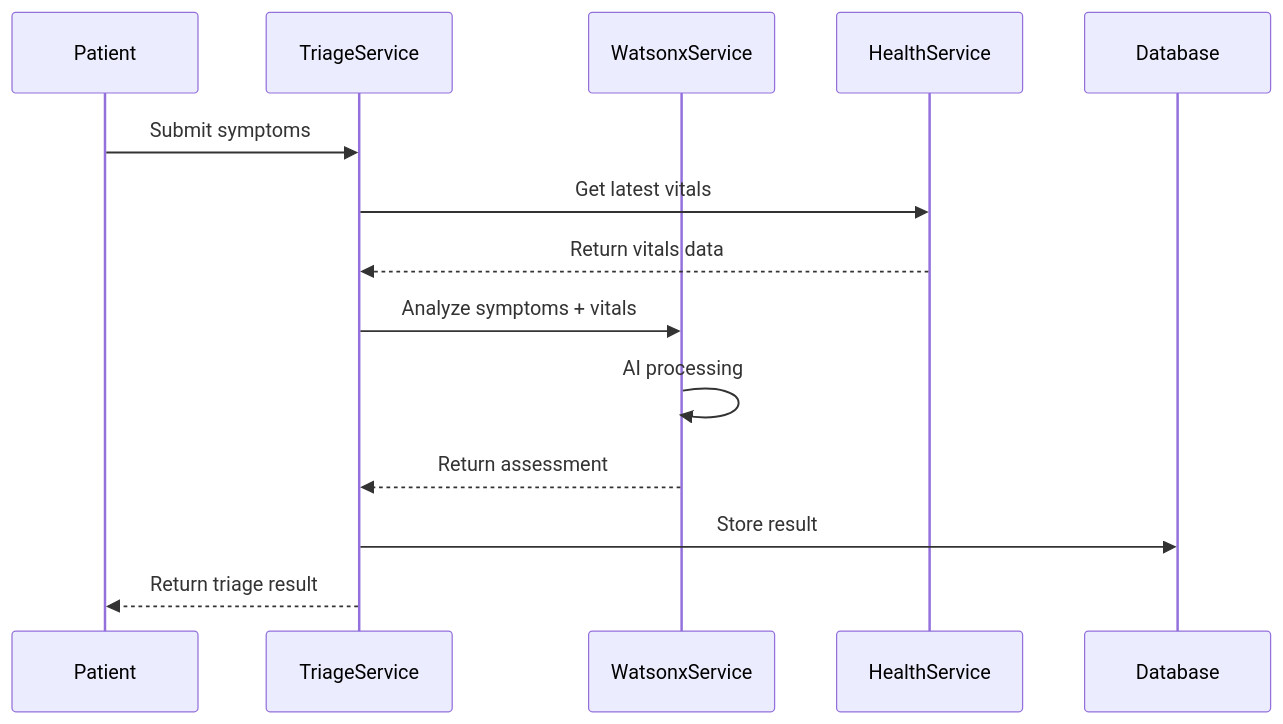
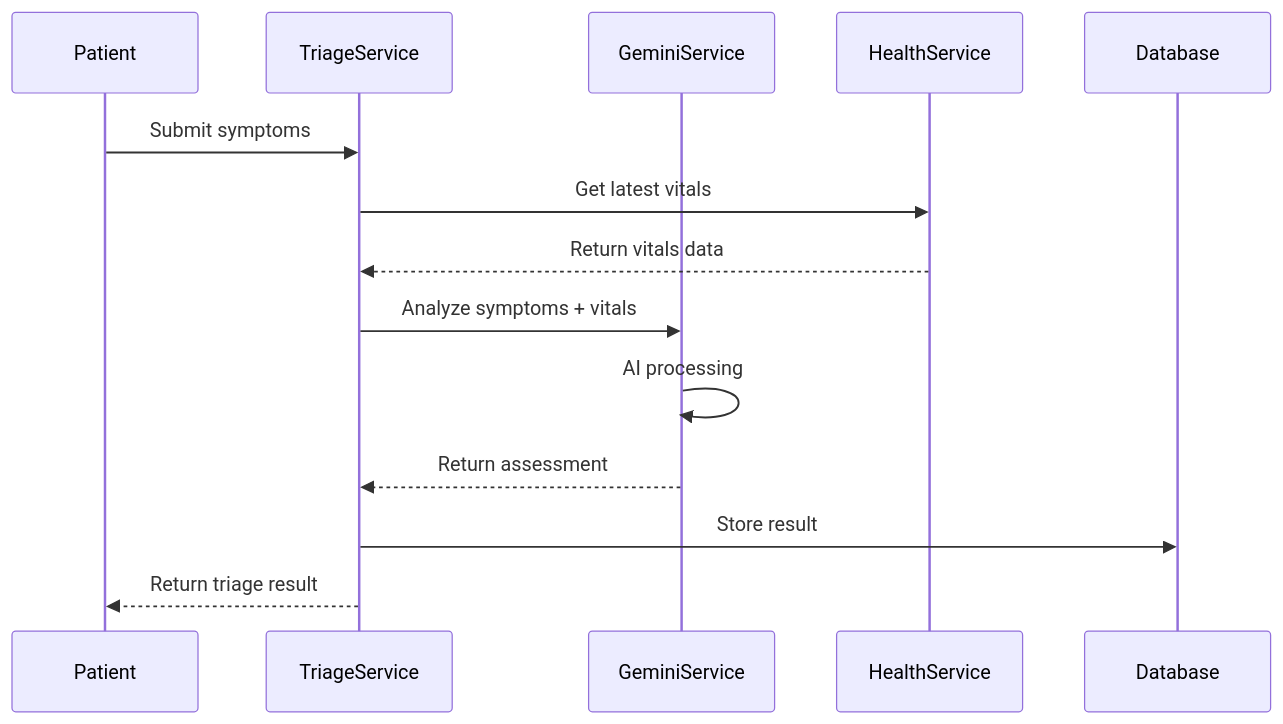
One commit to SA-Msweli/triage_bios_ai changed the second of 11 diagrams in docs/ARCHITECTURE.md. Above: the diagram before and after it, drawn with Mermaid. The commit also changed other lines of this file and 129 other files, not shown here.

````diff
--- a/docs/ARCHITECTURE.md
+++ b/docs/ARCHITECTURE.md
@@ -112,17 +112,17 @@
 ```mermaid
 sequenceDiagram
     participant Patient
     participant TriageService
-    participant WatsonxService
+    participant GeminiService
     participant HealthService
     participant Database
     
     Patient->>TriageService: Submit symptoms
     TriageService->>HealthService: Get latest vitals
     HealthService-->>TriageService: Return vitals data
-    TriageService->>WatsonxService: Analyze symptoms + vitals
-    WatsonxService->>WatsonxService: AI processing
-    WatsonxService-->>TriageService: Return assessment
+    TriageService->>GeminiService: Analyze symptoms + vitals
+    GeminiService->>GeminiService: AI processing
+    GeminiService-->>TriageService: Return assessment
     TriageService->>Database: Store result
     TriageService-->>Patient: Return triage result
 ```
````
